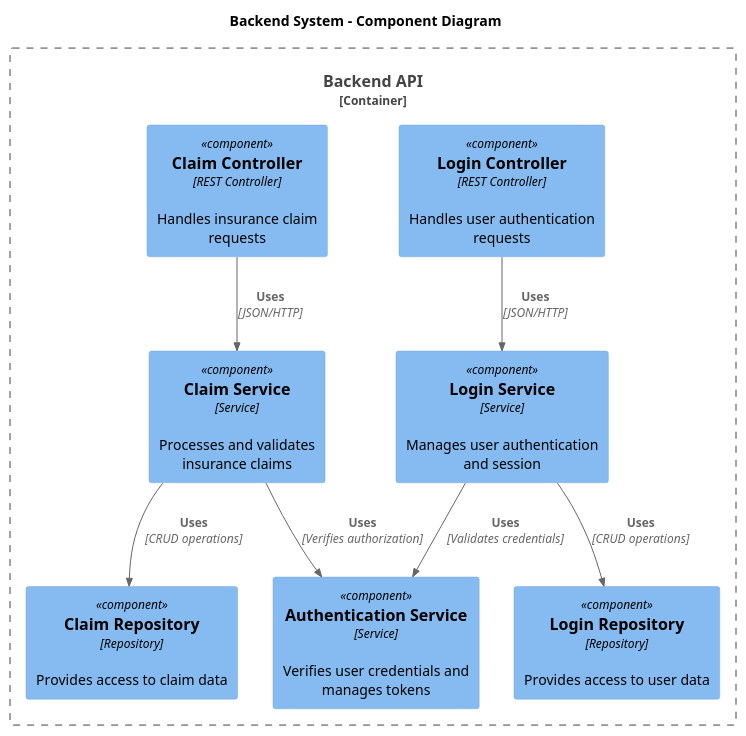
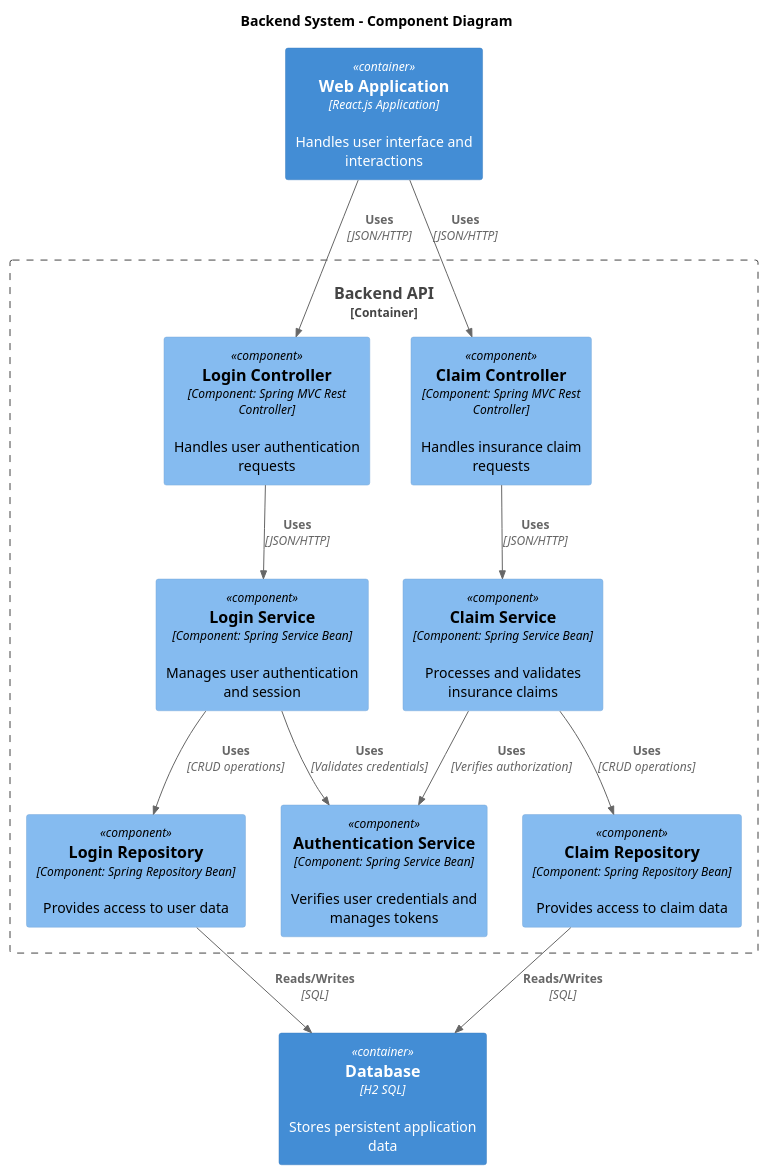
Before and after one commit to AIM-ENE-feb25/triptop-groep-1-met-third-wheel: the diagram in diagram/component/Simon_FSWD_ComponentDiagram.puml, drawn with PlantUML.

```diff
--- a/diagram/component/Simon_FSWD_ComponentDiagram.puml
+++ b/diagram/component/Simon_FSWD_ComponentDiagram.puml
@@ -1,29 +1,41 @@
 @startuml Backend C4 Component Diagram
 
 !include https://raw.githubusercontent.com/plantuml-stdlib/C4-PlantUML/master/C4_Component.puml
 
 title "Backend System - Component Diagram"
 
+Container(web_app, "Web Application", "React.js Application", "Handles user interface and interactions")
+
 Container_Boundary(backend, "Backend API") {
-    Component(login_controller, "Login Controller", "REST Controller", "Handles user authentication requests")
-    Component(claim_controller, "Claim Controller", "REST Controller", "Handles insurance claim requests")
+    Component(login_controller, "Login Controller", "Component: Spring MVC Rest Controller", "Handles user authentication requests")
+    Component(claim_controller, "Claim Controller", "Component: Spring MVC Rest Controller", "Handles insurance claim requests")
 
-    Component(login_service, "Login Service", "Service", "Manages user authentication and session")
-    Component(claim_service, "Claim Service", "Service", "Processes and validates insurance claims")
-    Component(auth_service, "Authentication Service", "Service", "Verifies user credentials and manages tokens")
+    Component(login_service, "Login Service", "Component: Spring Service Bean", "Manages user authentication and session")
+    Component(claim_service, "Claim Service", "Component: Spring Service Bean", "Processes and validates insurance claims")
+    Component(auth_service, "Authentication Service", "Component: Spring Service Bean", "Verifies user credentials and manages tokens")
 
-    Component(login_repo, "Login Repository", "Repository", "Provides access to user data")
-    Component(claim_repo, "Claim Repository", "Repository", "Provides access to claim data")
+    Component(login_repo, "Login Repository", "Component: Spring Repository Bean", "Provides access to user data")
+    Component(claim_repo, "Claim Repository", "Component: Spring Repository Bean", "Provides access to claim data")
 }
 
-' Define relationships
+' Define frontend relationships
+Rel(web_app, login_controller, "Uses", "JSON/HTTP")
+Rel(web_app, claim_controller, "Uses", "JSON/HTTP")
+
+' Define internal relationships
 Rel(login_controller, login_service, "Uses", "JSON/HTTP")
 Rel(claim_controller, claim_service, "Uses", "JSON/HTTP")
 
 Rel(login_service, auth_service, "Uses", "Validates credentials")
 Rel(login_service, login_repo, "Uses", "CRUD operations")
 
 Rel(claim_service, claim_repo, "Uses", "CRUD operations")
 Rel(claim_service, auth_service, "Uses", "Verifies authorization")
 
+
+Container(database, "Database", "H2 SQL", "Stores persistent application data")
+
+' Define database relationships
+Rel(login_repo, database, "Reads/Writes", "SQL")
+Rel(claim_repo, database, "Reads/Writes", "SQL")
 @enduml
```
